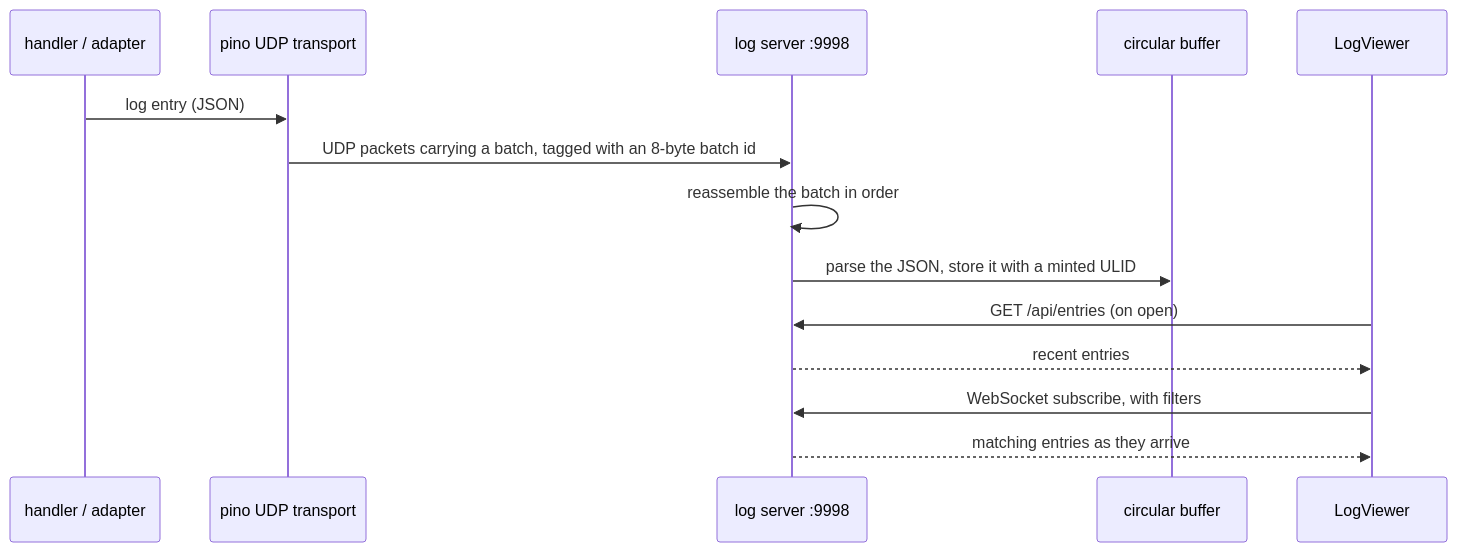
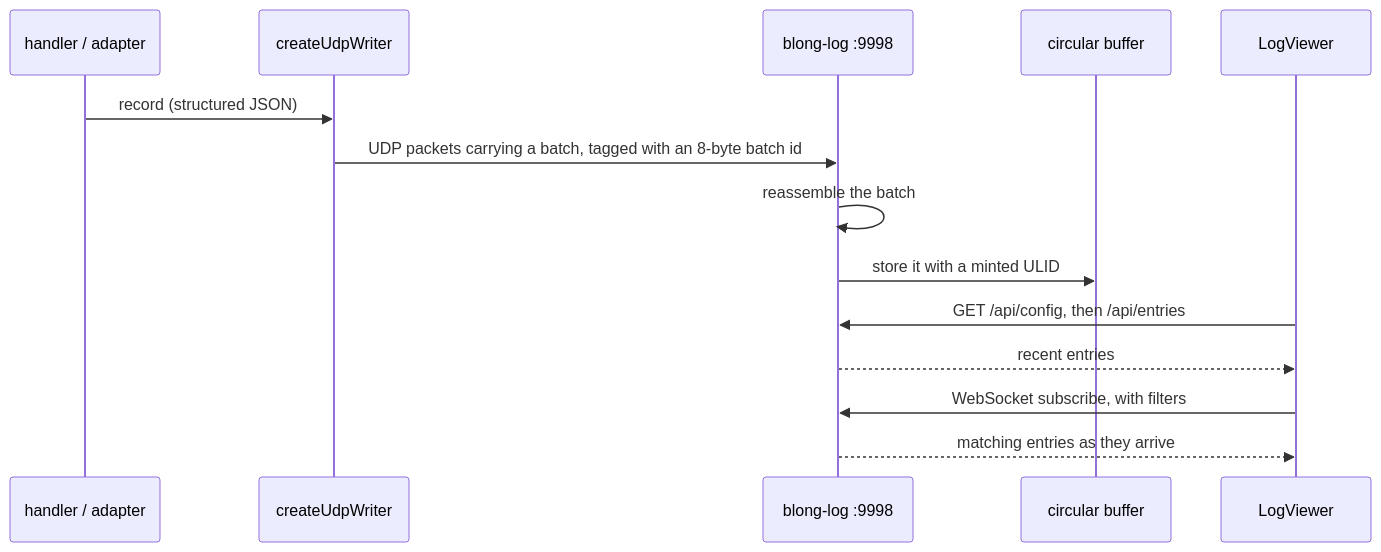
Before and after one commit to feasibleone/blong: the second of 2 diagrams in docs/blong/docs/patterns/log.md, drawn with Mermaid. The commit also changed other lines of this file and 156 other files, not shown here.

Commit message:
feat: align blong-log with lukaot

````diff
--- a/docs/blong/docs/patterns/log.md
+++ b/docs/blong/docs/patterns/log.md
@@ -27,17 +30,17 @@
 ```mermaid
 sequenceDiagram
     participant App as handler / adapter
-    participant Tr as pino UDP transport
-    participant LS as log server :9998
+    participant W as createUdpWriter
+    participant LS as blong-log :9998
     participant Buf as circular buffer
     participant UI as LogViewer
 
-    App->>Tr: log entry (JSON)
-    Tr->>LS: UDP packets carrying a batch, tagged with an 8-byte batch id
-    LS->>LS: reassemble the batch in order
-    LS->>Buf: parse the JSON, store it with a minted ULID
-    UI->>LS: GET /api/entries (on open)
+    App->>W: record (structured JSON)
+    W->>LS: UDP packets carrying a batch, tagged with an 8-byte batch id
+    LS->>LS: reassemble the batch
+    LS->>Buf: store it with a minted ULID
+    UI->>LS: GET /api/config, then /api/entries
     LS-->>UI: recent entries
     UI->>LS: WebSocket subscribe, with filters
     LS-->>UI: matching entries as they arrive
 ```
````
